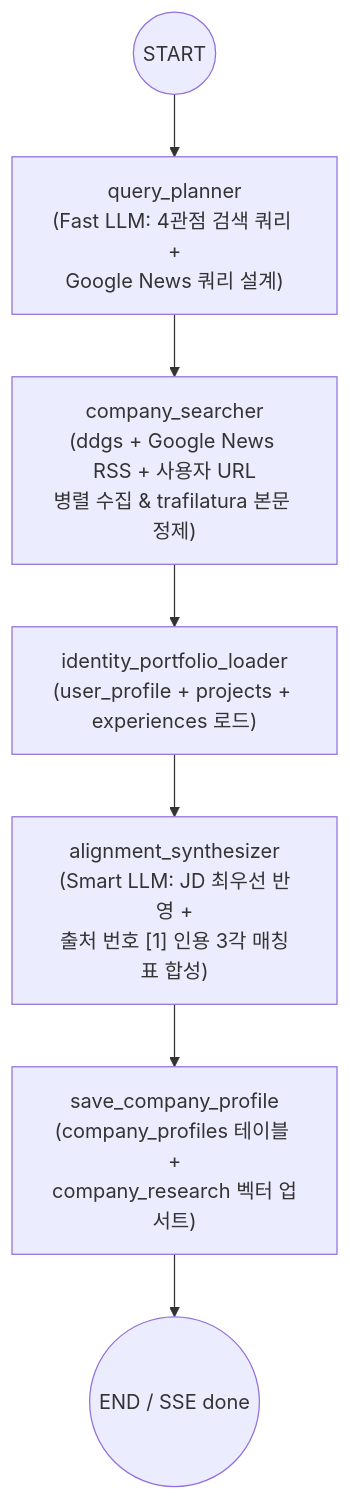
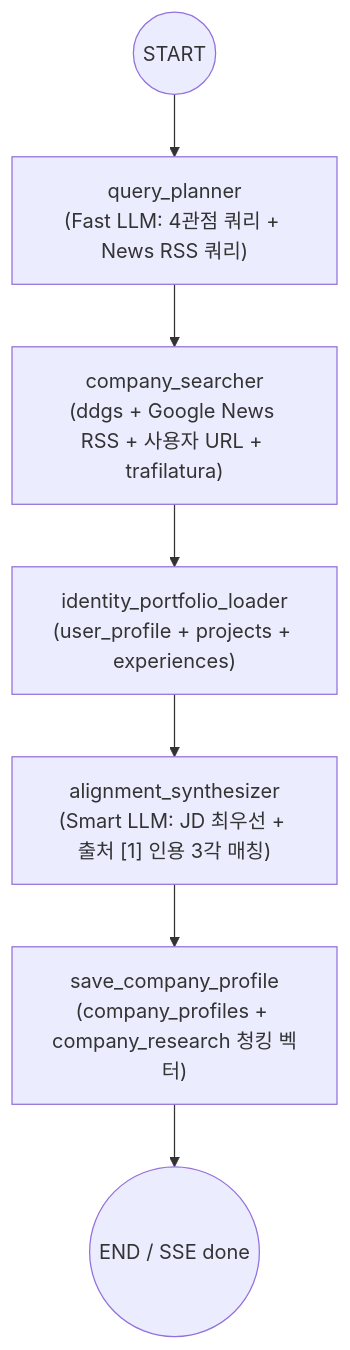
The third of 5 diagrams in WORKFLOWS.md (KASOP0306/write-on-vibe-lab), drawn with Mermaid before and after one commit. The commit also changed other lines of this file and 2 other files, not shown here.

Commit message:
docs: document full LLM, LangChain, LangGraph, RAG v2, and Loop A/B architecture inventory

````diff
--- a/WORKFLOWS.md
+++ b/WORKFLOWS.md
@@ -109,9 +80,9 @@
 ```mermaid
 flowchart TD
-    S((START)) --> PLAN["query_planner\n(Fast LLM: 4관점 검색 쿼리 +\nGoogle News 쿼리 설계)"]
-    PLAN --> SEARCH["company_searcher\n(ddgs + Google News RSS + 사용자 URL\n병렬 수집 & trafilatura 본문 정제)"]
-    SEARCH --> LOAD["identity_portfolio_loader\n(user_profile + projects + experiences 로드)"]
-    LOAD --> SYNTH["alignment_synthesizer\n(Smart LLM: JD 최우선 반영 +\n출처 번호 [1] 인용 3각 매칭표 합성)"]
-    SYNTH --> SAVE["save_company_profile\n(company_profiles 테이블 +\ncompany_research 벡터 업서트)"]
+    S((START)) --> PLAN["query_planner\n(Fast LLM: 4관점 쿼리 + News RSS 쿼리)"]
+    PLAN --> SEARCH["company_searcher\n(ddgs + Google News RSS + 사용자 URL + trafilatura)"]
+    SEARCH --> LOAD["identity_portfolio_loader\n(user_profile + projects + experiences)"]
+    LOAD --> SYNTH["alignment_synthesizer\n(Smart LLM: JD 최우선 + 출처 [1] 인용 3각 매칭)"]
+    SYNTH --> SAVE["save_company_profile\n(company_profiles + company_research 청킹 벡터)"]
     SAVE --> E((END / SSE done))
 ```
````
